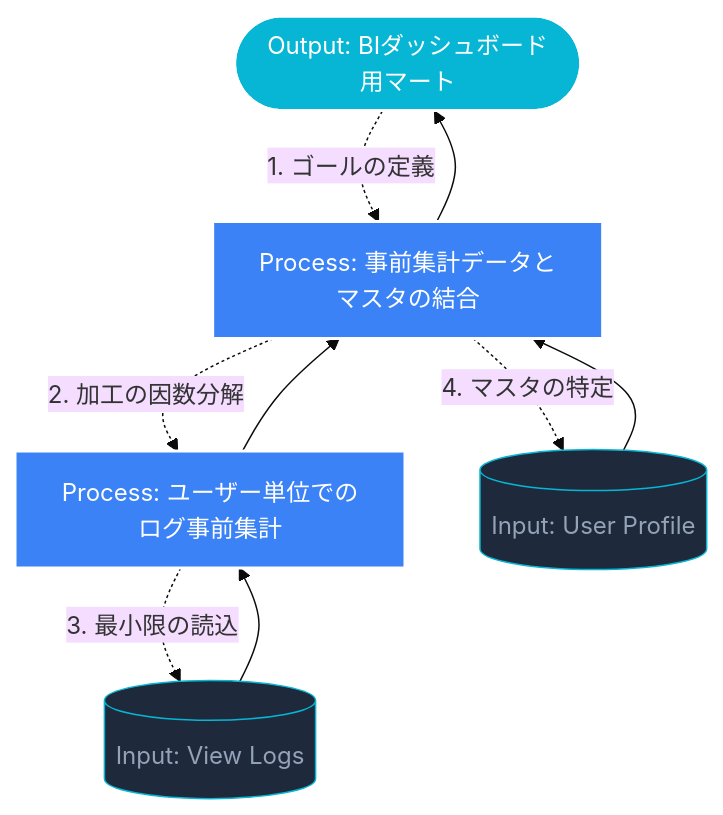
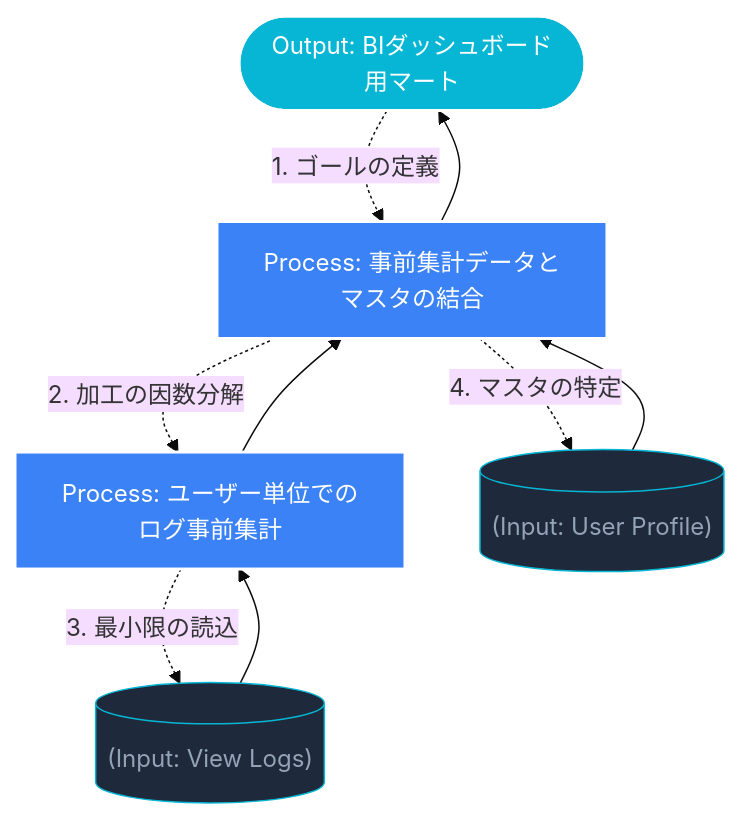
Before and after one commit to r1ckey/study14: the diagram in Phase1/1.1_Output_Driven_Architecture.md, drawn with Mermaid (base theme). The commit also changed 10 other files, not shown here.

````diff
--- a/Phase1/1.1_Output_Driven_Architecture.md
+++ b/Phase1/1.1_Output_Driven_Architecture.md
@@ -37,24 +37,24 @@
 ```mermaid
 graph TD
     classDef output fill:#06b6d4,stroke:#fff,stroke-width:2px,color:#fff;
     classDef process fill:#3b82f6,stroke:#fff,stroke-width:2px,color:#fff;
     classDef input fill:#1e293b,stroke:#06b6d4,stroke-width:1px,color:#94a3b8;
 
-    F([Output: BIダッシュボード用マート]):::output
+    F(["Output: BIダッシュボード用マート"]):::output
     
-    E[Process: 事前集計データとマスタの結合]:::process
-    D[Process: ユーザー単位でのログ事前集計]:::process
+    E["Process: 事前集計データとマスタの結合"]:::process
+    D["Process: ユーザー単位でのログ事前集計"]:::process
     
-    A[(Input: View Logs)]:::input
-    B[(Input: User Profile)]:::input
+    A[("(Input: View Logs)")]:::input
+    B[("(Input: User Profile)")]:::input
 
     F -.->|1. ゴールの定義| E
     E -.->|2. 加工の因数分解| D
     D -.->|3. 最小限の読込| A
     E -.->|4. マスタの特定| B
 
     A --> D
     D --> E
     B --> E
     E --> F
 ```
````
